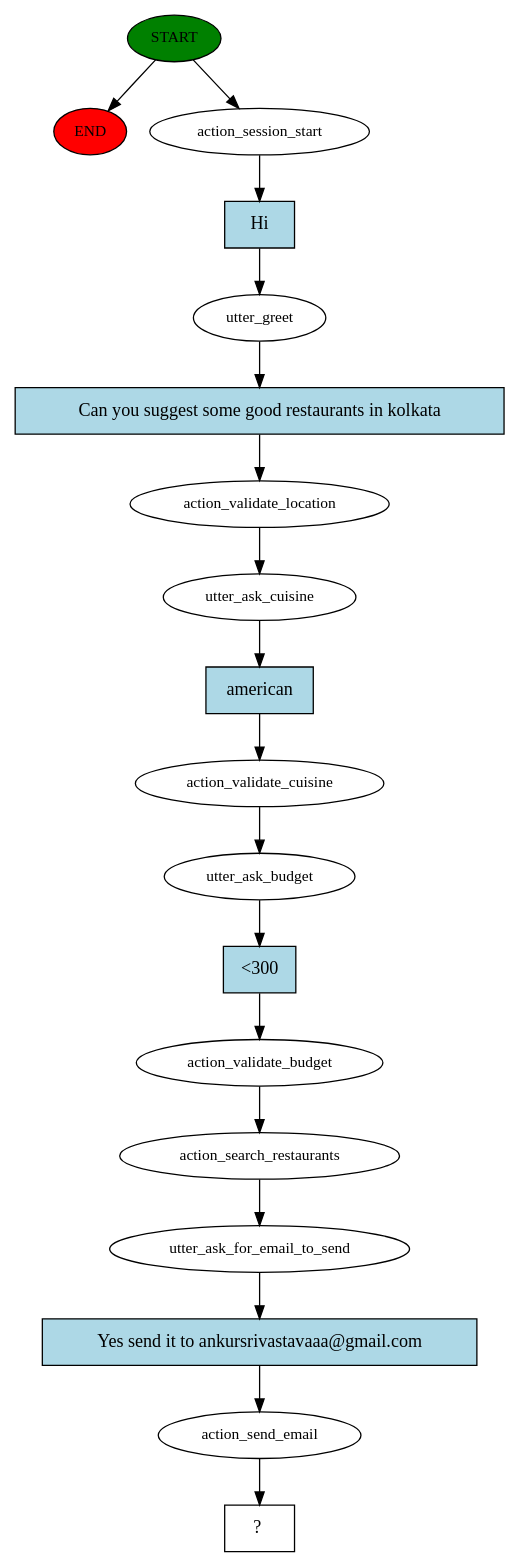
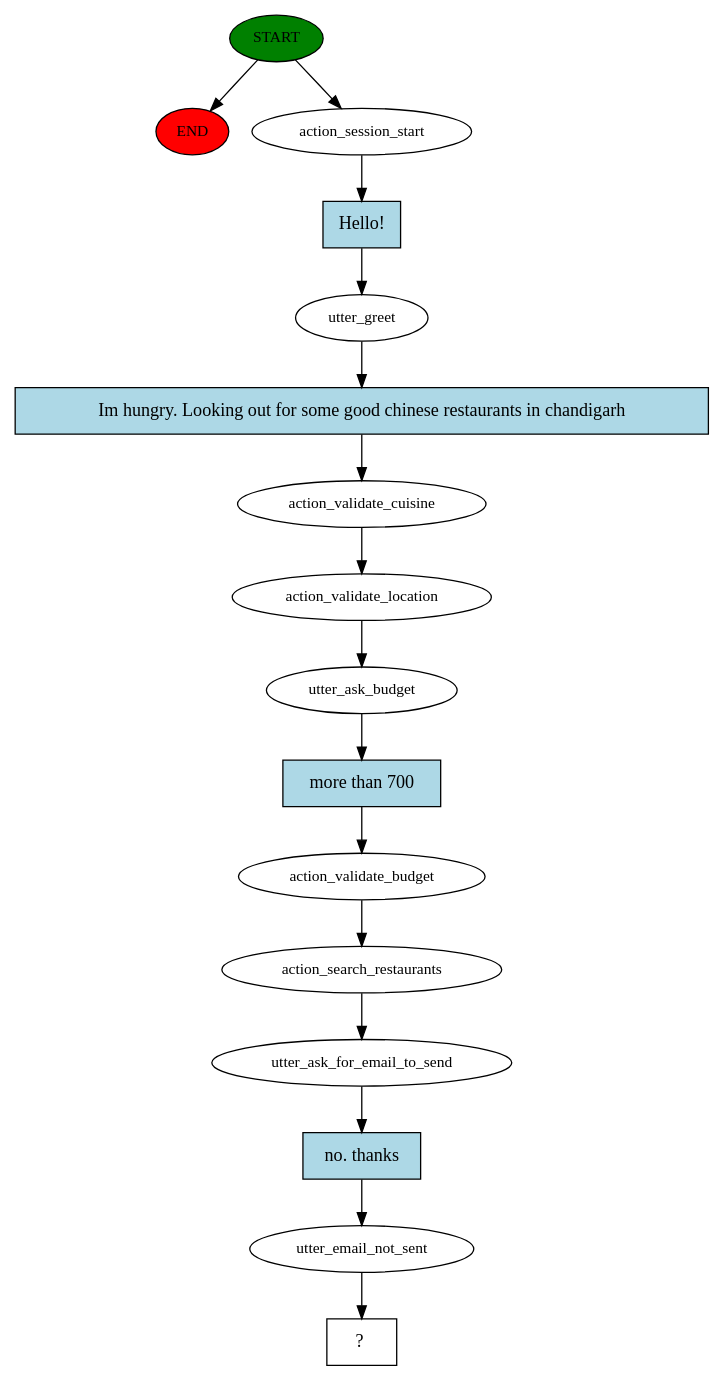
One commit to Ankursrivastavaaa/ChatBot changed the diagram in story_graph.dot. Above: the diagram before and after it, drawn with Graphviz. The commit also changed 5 other files, not shown here.

```diff
--- a/story_graph.dot
+++ b/story_graph.dot
@@ -1,37 +1,33 @@
 digraph  {
 0 [class="start active", fillcolor=green, fontsize=12, label=START, style=filled];
 "-1" [class=end, fillcolor=red, fontsize=12, label=END, style=filled];
 1 [class=active, fontsize=12, label=action_session_start];
 2 [class=active, fontsize=12, label=utter_greet];
-3 [class=active, fontsize=12, label=action_validate_location];
-4 [class=active, fontsize=12, label=utter_ask_cuisine];
-5 [class=active, fontsize=12, label=action_validate_cuisine];
-6 [class=active, fontsize=12, label=utter_ask_budget];
-7 [class=active, fontsize=12, label=action_validate_budget];
-8 [class=active, fontsize=12, label=action_search_restaurants];
-9 [class=active, fontsize=12, label=utter_ask_for_email_to_send];
-10 [class=active, fontsize=12, label=action_send_email];
-11 [class="intent dashed active", label="  ?  ", shape=rect];
-12 [class="intent active", fillcolor=lightblue, label=Hi, shape=rect, style=filled];
-13 [class="intent active", fillcolor=lightblue, label="Can you suggest some good restaurants in kolkata", shape=rect, style=filled];
-14 [class="intent active", fillcolor=lightblue, label=american, shape=rect, style=filled];
-15 [class="intent active", fillcolor=lightblue, label="<300", shape=rect, style=filled];
-16 [class="intent active", fillcolor=lightblue, label="Yes send it to ankursrivastavaaa@gmail.com", shape=rect, style=filled];
+3 [class=active, fontsize=12, label=action_validate_cuisine];
+4 [class=active, fontsize=12, label=action_validate_location];
+5 [class=active, fontsize=12, label=utter_ask_budget];
+6 [class=active, fontsize=12, label=action_validate_budget];
+7 [class=active, fontsize=12, label=action_search_restaurants];
+8 [class=active, fontsize=12, label=utter_ask_for_email_to_send];
+9 [class=active, fontsize=12, label=utter_email_not_sent];
+10 [class="intent dashed active", label="  ?  ", shape=rect];
+11 [class="intent active", fillcolor=lightblue, label="Hello!", shape=rect, style=filled];
+12 [class="intent active", fillcolor=lightblue, label="Im hungry. Looking out for some good chinese restaurants in chandigarh", shape=rect, style=filled];
+13 [class="intent active", fillcolor=lightblue, label="more than 700", shape=rect, style=filled];
+14 [class="intent active", fillcolor=lightblue, label="no. thanks", shape=rect, style=filled];
 0 -> "-1"  [class="", key=NONE, label=""];
 0 -> 1  [class=active, key=NONE, label=""];
-1 -> 12  [class=active, key=0];
-2 -> 13  [class=active, key=0];
+1 -> 11  [class=active, key=0];
+2 -> 12  [class=active, key=0];
 3 -> 4  [class=active, key=NONE, label=""];
-4 -> 14  [class=active, key=0];
-5 -> 6  [class=active, key=NONE, label=""];
-6 -> 15  [class=active, key=0];
+4 -> 5  [class=active, key=NONE, label=""];
+5 -> 13  [class=active, key=0];
+6 -> 7  [class=active, key=NONE, label=""];
 7 -> 8  [class=active, key=NONE, label=""];
-8 -> 9  [class=active, key=NONE, label=""];
-9 -> 16  [class=active, key=0];
-10 -> 11  [class=active, key=NONE, label=""];
-12 -> 2  [class=active, key=0];
-13 -> 3  [class=active, key=0];
-14 -> 5  [class=active, key=0];
-15 -> 7  [class=active, key=0];
-16 -> 10  [class=active, key=0];
+8 -> 14  [class=active, key=0];
+9 -> 10  [class=active, key=NONE, label=""];
+11 -> 2  [class=active, key=0];
+12 -> 3  [class=active, key=0];
+13 -> 6  [class=active, key=0];
+14 -> 9  [class=active, key=0];
 }
```
